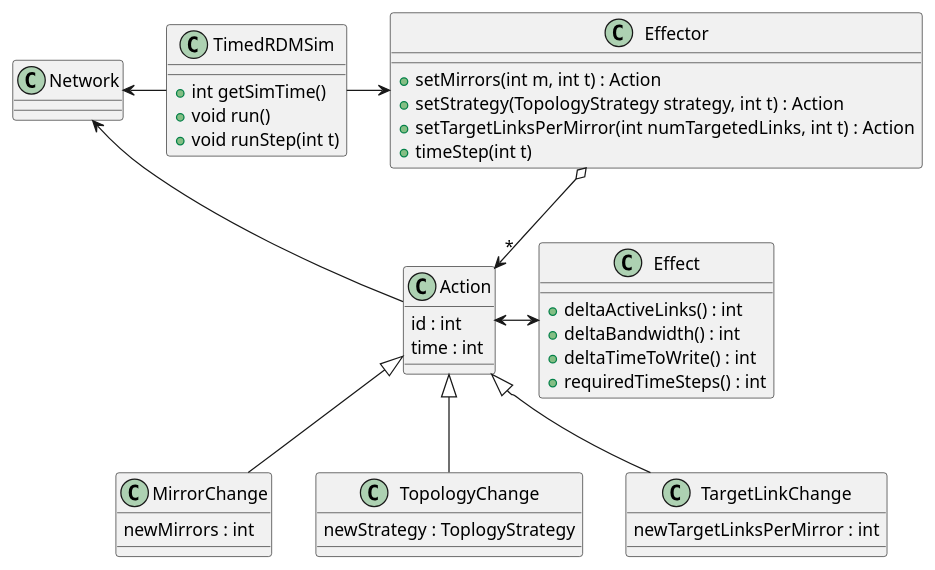
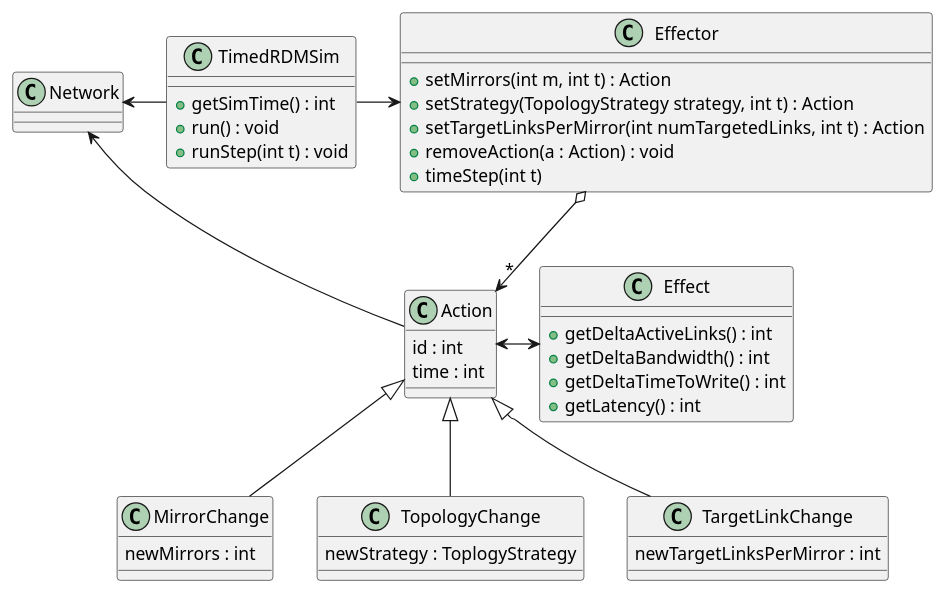
Before and after one commit to sebastiangoetz/LRDMSimulator: the diagram in doc/models/latency.plantuml, drawn with PlantUML. The commit also changed 67 other files, not shown here.

```diff
--- a/doc/models/latency.plantuml
+++ b/doc/models/latency.plantuml
@@ -1,54 +1,55 @@
 @startuml
 class TimedRDMSim
 {
-  + int getSimTime()
-  + void run()
-  + void runStep(int t)
+  + getSimTime() : int
+  + run() : void
+  + runStep(int t) : void
 }
 
 class Effector
 {
   + setMirrors(int m, int t) : Action
   + setStrategy(TopologyStrategy strategy, int t) : Action
   + setTargetLinksPerMirror(int numTargetedLinks, int t) : Action
+  + removeAction(a : Action) : void
   + timeStep(int t)
 }
 
 class Action
 {
     id : int
     time : int
 }
 
 class Effect {
-    + deltaActiveLinks() : int
-    + deltaBandwidth() : int
-    + deltaTimeToWrite() : int
-    + requiredTimeSteps() : int
+    + getDeltaActiveLinks() : int
+    + getDeltaBandwidth() : int
+    + getDeltaTimeToWrite() : int
+    + getLatency() : int
 }
 
 class MirrorChange {
     newMirrors : int
 }
 
 class TopologyChange {
     newStrategy : ToplogyStrategy
 }
 
 class TargetLinkChange {
     newTargetLinksPerMirror : int
 }
 
 Action <|-- MirrorChange
 Action <|-- TopologyChange
 Action <|-- TargetLinkChange
 
 class Network
 
 TimedRDMSim -> Effector
 Network <- TimedRDMSim
 Effector  o--> "*" Action
 Action <-> Effect
 Effector -[hidden]-> Effect
 Network <- Action
 @enduml
```
